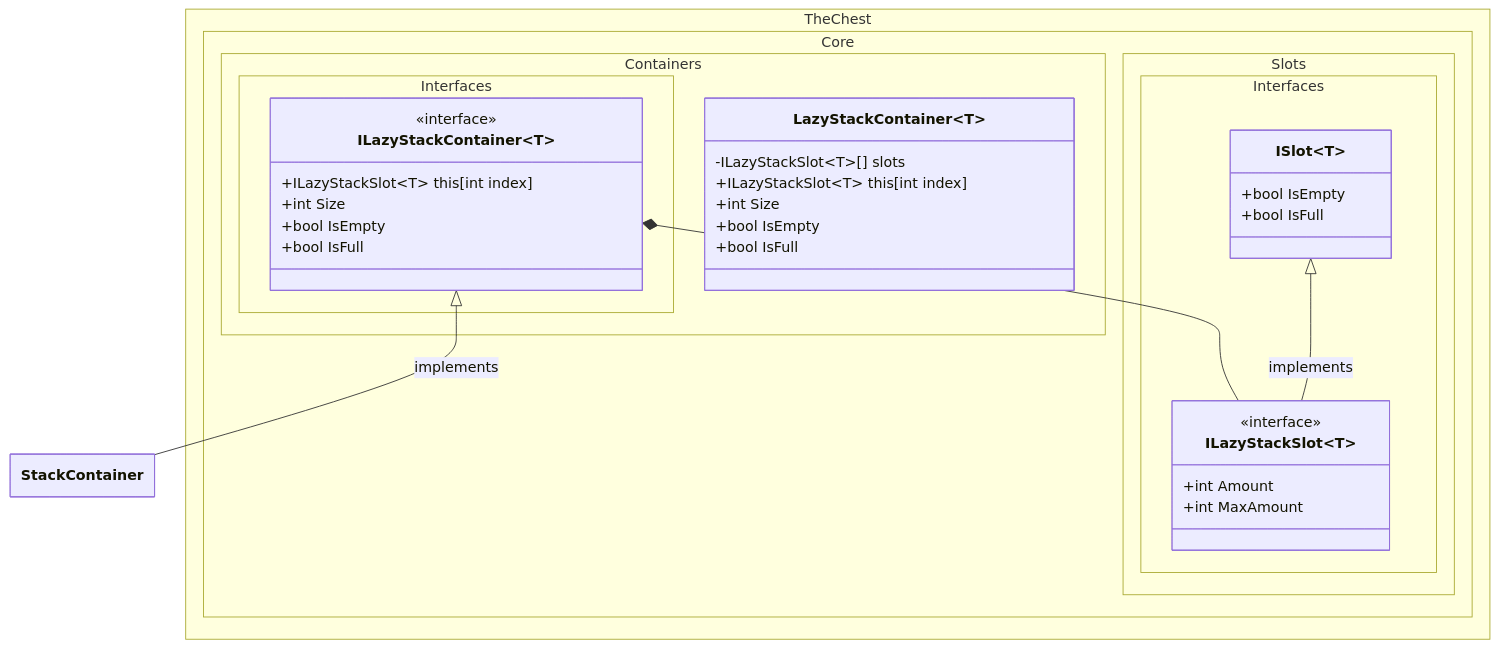
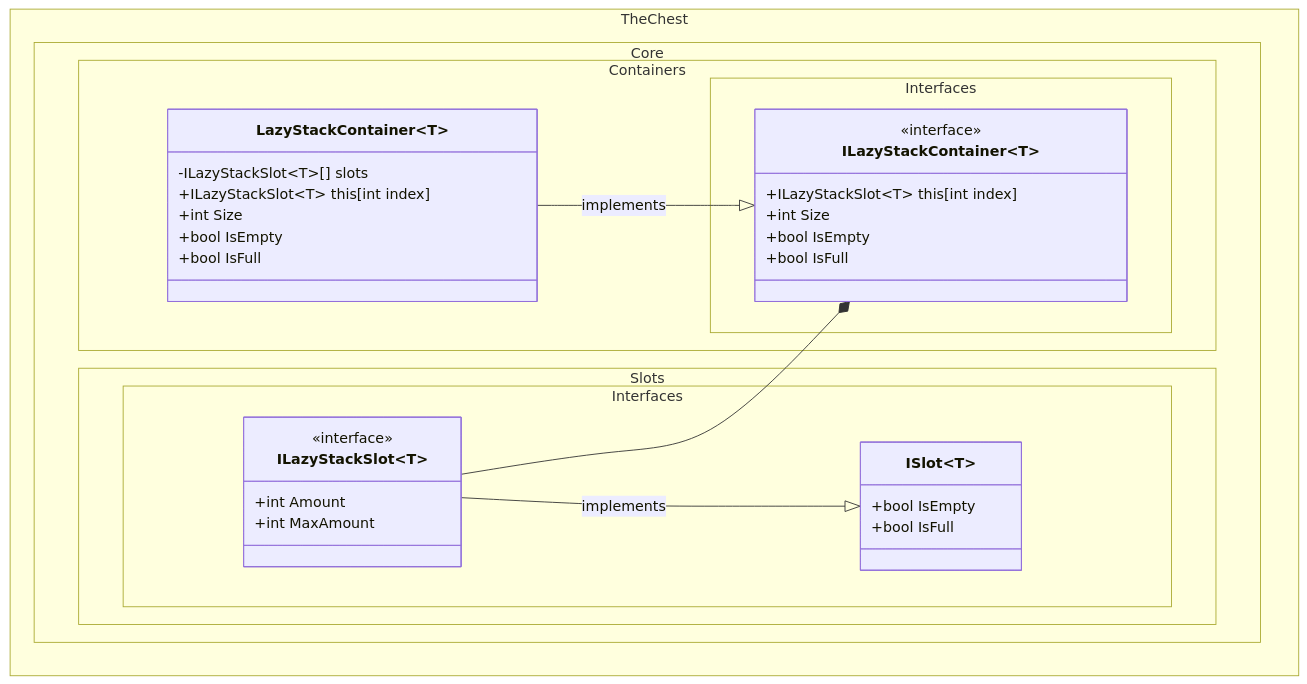
The third of 3 diagrams in docs/class_diagram.md (The-Chest/TheChest.Core), drawn with Mermaid before and after one commit. The commit also changed other lines of this file, not shown here.

Commit message:
Improve class_diagram docs

````diff
--- a/docs/class_diagram.md
+++ b/docs/class_diagram.md
@@ -101,45 +133,45 @@
 ```mermaid
 ---
 config:
   theme: mc
   look: classic
   class:
     hideEmptyMembersBox: true
 ---
 classDiagram
 direction BT
 	namespace TheChest.Core.Containers.Interfaces {
 		class ILazyStackContainer~T~ {
 	        +ILazyStackSlot~T~ this[int index]
 	        +int Size
 	        +bool IsEmpty
 	        +bool IsFull
         }
 	}
 	namespace TheChest.Core.Slots.Interfaces {
         class ISlot~T~ {
 	        +bool IsEmpty
 	        +bool IsFull
         }
         class ILazyStackSlot~T~ {
 			+int Amount
             +int MaxAmount
         }
 	}
 	namespace TheChest.Core.Containers {
 		class LazyStackContainer~T~ {
 			-ILazyStackSlot~T~[] slots
 			+ILazyStackSlot~T~ this[int index]
 			+int Size
 			+bool IsEmpty
 			+bool IsFull
         }
 	}
 
 	<<interface>> ILazyStackContainer
     <<interface>> ILazyStackSlot
 
-    StackContainer --|> ILazyStackContainer : implements
+    LazyStackContainer --|> ILazyStackContainer : implements
     ILazyStackSlot --|> ISlot : implements
     ILazyStackSlot --* ILazyStackContainer
 ```
````
